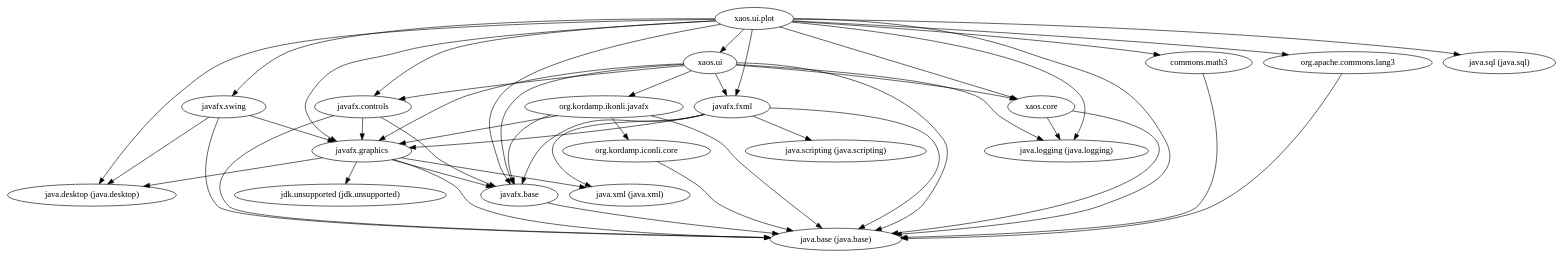
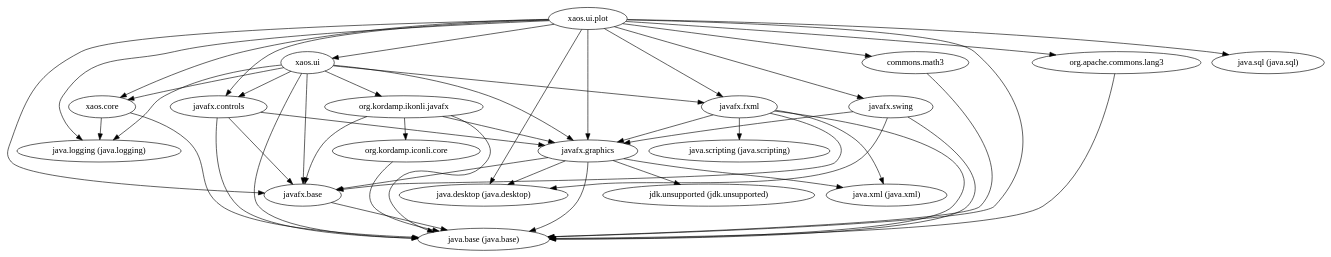
The diagram in xaos.ui.plot.module/doc/module-dependencies.dot (ESSICS/XAOS), drawn with Graphviz before and after one commit. The commit also changed other lines of this file and 11 other files, not shown here.

```diff
--- a/xaos.ui.plot.module/doc/module-dependencies.dot
+++ b/xaos.ui.plot.module/doc/module-dependencies.dot
@@ -1,49 +1,49 @@
 digraph "summary" {
   "xaos.core"                                        -> "java.base (java.base)";
   "xaos.core"                                        -> "java.logging (java.logging)";
+  "org.apache.commons.lang3"                         -> "java.base (java.base)";
   "javafx.swing"                                     -> "java.base (java.base)";
   "javafx.swing"                                     -> "java.desktop (java.desktop)";
   "javafx.swing"                                     -> "javafx.graphics";
   "org.kordamp.iconli.core"                          -> "java.base (java.base)";
   "javafx.controls"                                  -> "java.base (java.base)";
   "javafx.controls"                                  -> "javafx.base";
   "javafx.controls"                                  -> "javafx.graphics";
   "xaos.ui"                                          -> "java.base (java.base)";
   "xaos.ui"                                          -> "java.logging (java.logging)";
   "xaos.ui"                                          -> "javafx.base";
   "xaos.ui"                                          -> "javafx.controls";
   "xaos.ui"                                          -> "javafx.fxml";
   "xaos.ui"                                          -> "javafx.graphics";
   "xaos.ui"                                          -> "org.kordamp.ikonli.javafx";
   "xaos.ui"                                          -> "xaos.core";
   "javafx.fxml"                                      -> "java.base (java.base)";
   "javafx.fxml"                                      -> "java.scripting (java.scripting)";
   "javafx.fxml"                                      -> "java.xml (java.xml)";
   "javafx.fxml"                                      -> "javafx.base";
   "javafx.fxml"                                      -> "javafx.graphics";
   "org.kordamp.ikonli.javafx"                        -> "java.base (java.base)";
   "org.kordamp.ikonli.javafx"                        -> "javafx.base";
   "org.kordamp.ikonli.javafx"                        -> "javafx.graphics";
   "org.kordamp.ikonli.javafx"                        -> "org.kordamp.iconli.core";
   "xaos.ui.plot"                                     -> "commons.math3";
   "xaos.ui.plot"                                     -> "java.base (java.base)";
   "xaos.ui.plot"                                     -> "java.desktop (java.desktop)";
   "xaos.ui.plot"                                     -> "java.logging (java.logging)";
   "xaos.ui.plot"                                     -> "java.sql (java.sql)";
   "xaos.ui.plot"                                     -> "javafx.base";
   "xaos.ui.plot"                                     -> "javafx.controls";
   "xaos.ui.plot"                                     -> "javafx.fxml";
   "xaos.ui.plot"                                     -> "javafx.graphics";
   "xaos.ui.plot"                                     -> "javafx.swing";
   "xaos.ui.plot"                                     -> "org.apache.commons.lang3";
   "xaos.ui.plot"                                     -> "xaos.core";
   "xaos.ui.plot"                                     -> "xaos.ui";
-  "org.apache.commons.lang3"                         -> "java.base (java.base)";
   "javafx.graphics"                                  -> "java.base (java.base)";
   "javafx.graphics"                                  -> "java.desktop (java.desktop)";
   "javafx.graphics"                                  -> "java.xml (java.xml)";
   "javafx.graphics"                                  -> "javafx.base";
   "javafx.graphics"                                  -> "jdk.unsupported (jdk.unsupported)";
   "javafx.base"                                      -> "java.base (java.base)";
   "commons.math3"                                    -> "java.base (java.base)";
 }
```
